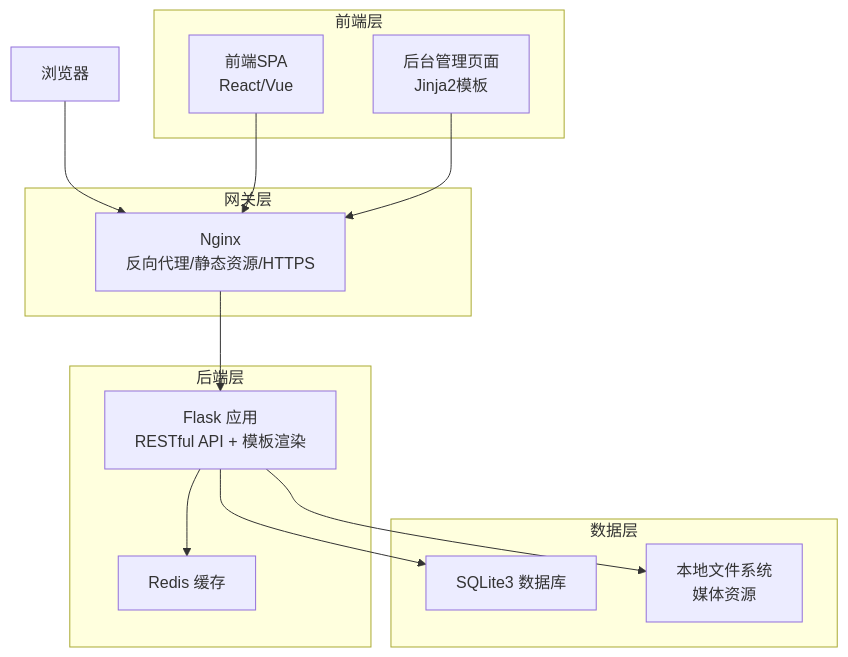
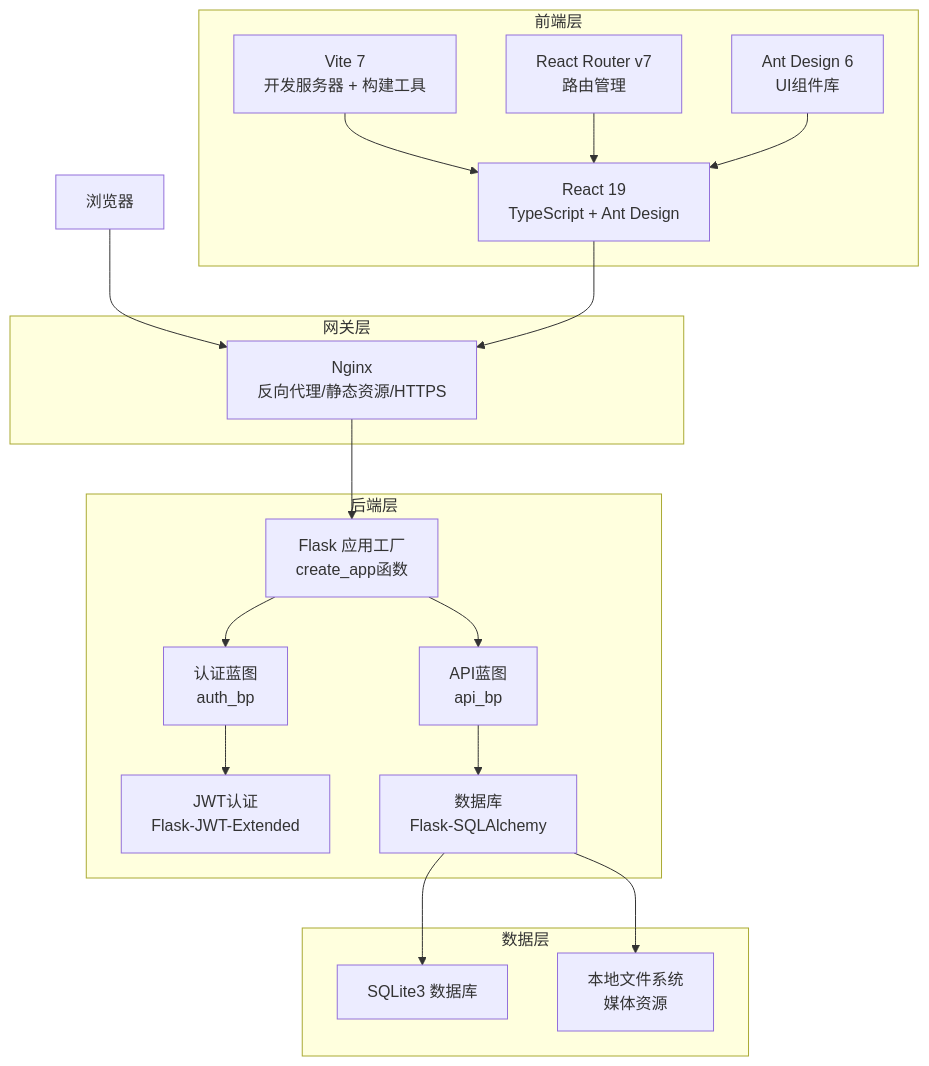
Before and after one commit to wyg5208/website_diy: the second of 6 diagrams in .qoder/repowiki/zh/content/技术架构设计/技术架构设计.md, drawn with Mermaid. The commit also changed other lines of this file and 43 other files, not shown here.

````diff
--- a/.qoder/repowiki/zh/content/技术架构设计/技术架构设计.md
+++ b/.qoder/repowiki/zh/content/技术架构设计/技术架构设计.md
@@ -83,25 +106,35 @@
 ```mermaid
 graph TB
 subgraph "前端层"
-FE_SPA["前端SPA<br/>React/Vue"]
-FE_Admin["后台管理页面<br/>Jinja2模板"]
+React19["React 19<br/>TypeScript + Ant Design"]
+Vite["Vite 7<br/>开发服务器 + 构建工具"]
+ReactRouter["React Router v7<br/>路由管理"]
+Antd["Ant Design 6<br/>UI组件库"]
 end
 subgraph "网关层"
 Nginx["Nginx<br/>反向代理/静态资源/HTTPS"]
 end
 subgraph "后端层"
-Flask["Flask 应用<br/>RESTful API + 模板渲染"]
-Cache["Redis 缓存"]
+FlaskFactory["Flask 应用工厂<br/>create_app函数"]
+BlueprintAuth["认证蓝图<br/>auth_bp"]
+BlueprintAPI["API蓝图<br/>api_bp"]
+JWT["JWT认证<br/>Flask-JWT-Extended"]
+SQLAlchemy["数据库<br/>Flask-SQLAlchemy"]
 end
 subgraph "数据层"
 SQLite["SQLite3 数据库"]
 MediaFS["本地文件系统<br/>媒体资源"]
 end
 Browser["浏览器"] --> Nginx
-FE_SPA --> Nginx
-FE_Admin --> Nginx
-Nginx --> Flask
-Flask --> SQLite
-Flask --> Cache
-Flask --> MediaFS
+React19 --> Nginx
+Vite --> React19
+ReactRouter --> React19
+Antd --> React19
+Nginx --> FlaskFactory
+FlaskFactory --> BlueprintAuth
+FlaskFactory --> BlueprintAPI
+BlueprintAuth --> JWT
+BlueprintAPI --> SQLAlchemy
+SQLAlchemy --> SQLite
+SQLAlchemy --> MediaFS
 ```
````
